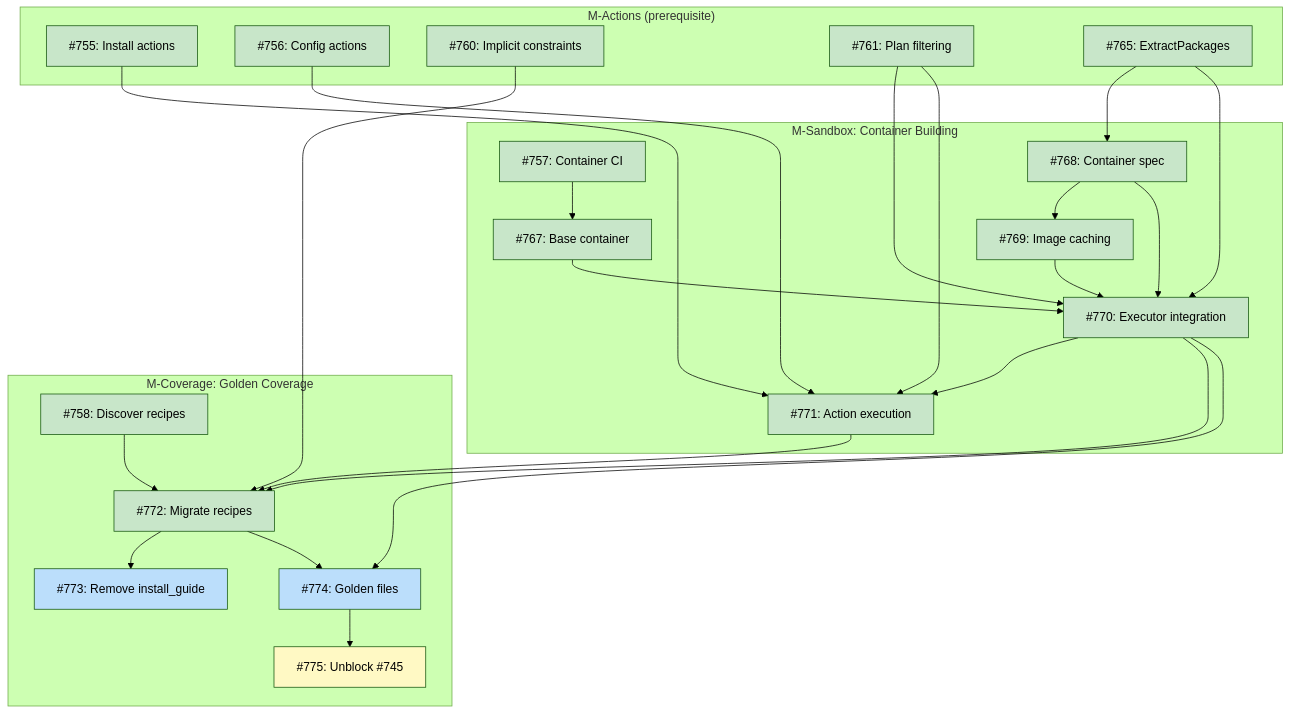
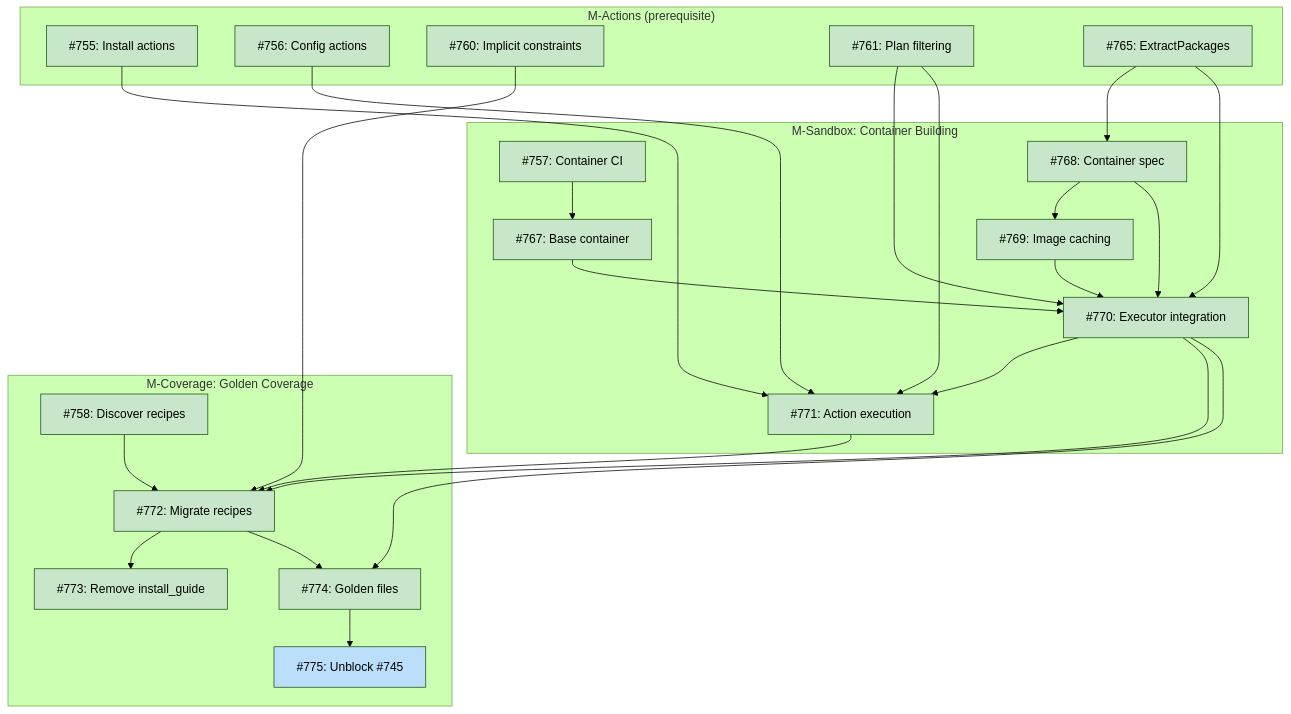
Before and after one commit to tsukumogami/tsuku: the diagram in docs/designs/DESIGN-structured-install-guide.md, drawn with Mermaid (forest theme).

Commit message:
docs: update implementation status for M29 completion (#1007)
Mark issues #773 and #774 as done in the dependency diagram for
DESIGN-structured-install-guide.md. Issue #775 is now unblocked and
ready for implementation.

````diff
--- a/docs/designs/DESIGN-structured-install-guide.md
+++ b/docs/designs/DESIGN-structured-install-guide.md
@@ -32,57 +32,56 @@
 ```mermaid
 graph TD
     subgraph Actions["M-Actions (prerequisite)"]
         I755["#755: Install actions"]
         I756["#756: Config actions"]
         I760["#760: Implicit constraints"]
         I761["#761: Plan filtering"]
         I765["#765: ExtractPackages"]
     end
 
     subgraph Sandbox["M-Sandbox: Container Building"]
         I757["#757: Container CI"]
         I767["#767: Base container"]
         I768["#768: Container spec"]
         I769["#769: Image caching"]
         I770["#770: Executor integration"]
         I771["#771: Action execution"]
     end
 
     subgraph Coverage["M-Coverage: Golden Coverage"]
         I758["#758: Discover recipes"]
         I772["#772: Migrate recipes"]
         I773["#773: Remove install_guide"]
         I774["#774: Golden files"]
         I775["#775: Unblock #745"]
     end
 
     I757 --> I767
     I765 --> I768
     I768 --> I769
     I761 --> I770
     I767 --> I770
     I768 --> I770
     I769 --> I770
     I765 --> I770
     I755 --> I771
     I756 --> I771
     I770 --> I771
     I761 --> I771
     I758 --> I772
     I770 --> I772
     I771 --> I772
     I760 --> I772
     I772 --> I773
     I772 --> I774
     I770 --> I774
     I774 --> I775
 
     classDef done fill:#c8e6c9
     classDef ready fill:#bbdefb
     classDef blocked fill:#fff9c4
     classDef needsDesign fill:#e1bee7
 
-    class I755,I756,I757,I758,I760,I761,I765,I767,I768,I769,I770,I771,I772 done
-    class I773,I774 ready
-    class I775 blocked
+    class I755,I756,I757,I758,I760,I761,I765,I767,I768,I769,I770,I771,I772,I773,I774 done
+    class I775 ready
 ```
````
